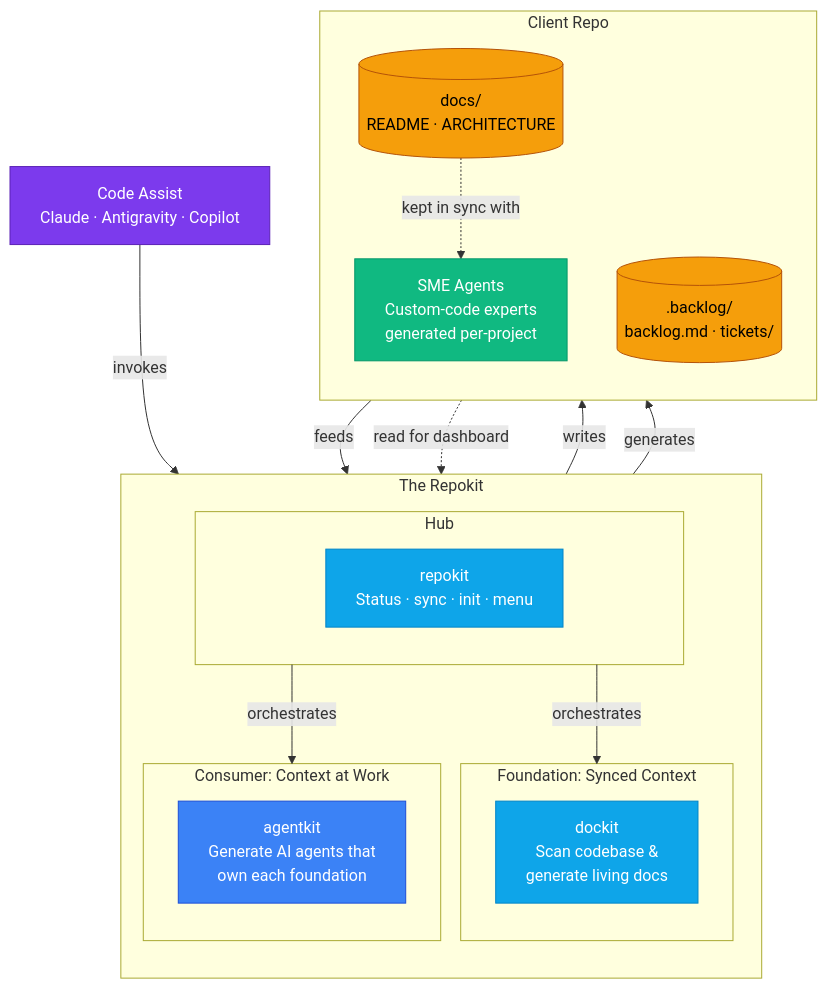
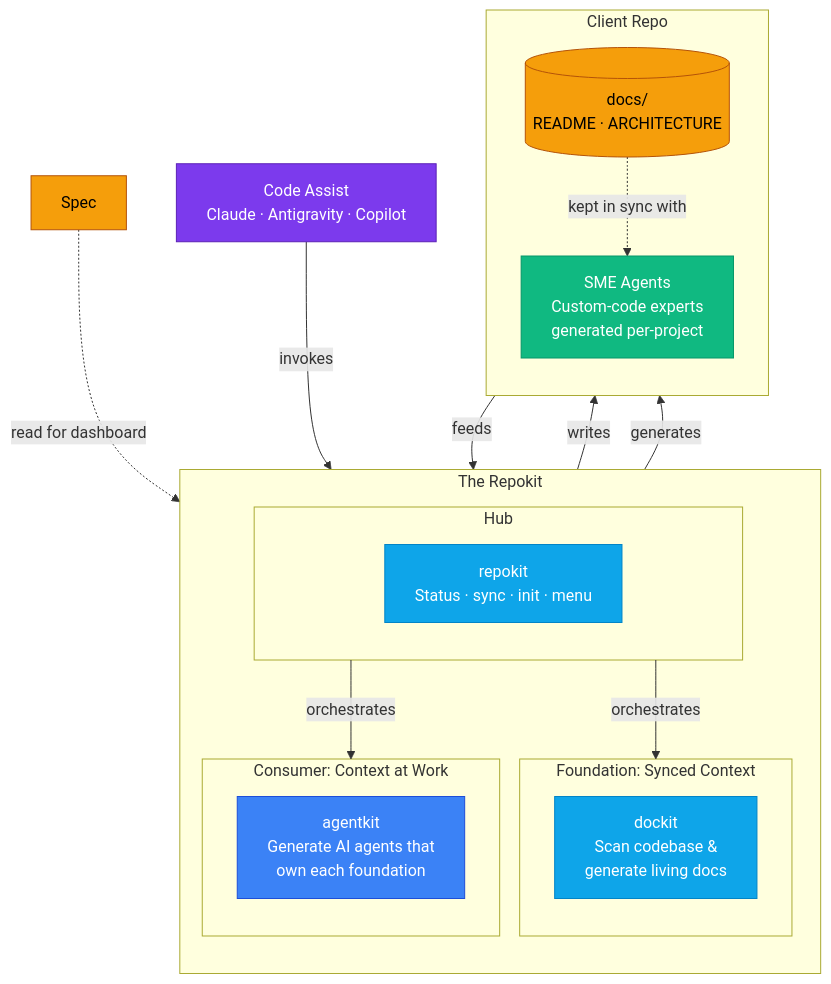
Before and after one commit to TheLampshady/repokit: the first of 4 diagrams in README.md, drawn with Mermaid. The commit also changed other lines of this file and 21 other files, not shown here.

````diff
--- a/README.md
+++ b/README.md
@@ -209,51 +193,50 @@
 ```mermaid
 graph TD
     subgraph repokit["The Repokit"]
         direction TB
 
         subgraph hub["Hub"]
             S_repokit["repokit<br/>Status · sync · init · menu"]
         end
 
         subgraph foundation["Foundation: Synced Context"]
             S_dockit["dockit<br/>Scan codebase &<br/>generate living docs"]
         end
 
         subgraph consumers["Consumer: Context at Work"]
             S_agentkit["agentkit<br/>Generate AI agents that<br/>own each foundation"]
         end
     end
 
     subgraph client_repo["Client Repo"]
         direction TB
         Docs[("docs/<br/>README · ARCHITECTURE")]
         SME["SME Agents<br/>Custom-code experts<br/>generated per-project"]
-        Spec[(".backlog/<br/>backlog.md · tickets/")]
     end
 
     CA["Code Assist<br/>Claude · Antigravity · Copilot"]
 
     CA -->|"invokes"| hub
     hub -->|"orchestrates"| foundation
     hub -->|"orchestrates"| consumers
 
     S_dockit -->|"writes"| Docs
     Docs -->|"feeds"| S_agentkit
 
     S_agentkit -->|"generates"| SME
     Docs -.->|"kept in sync with"| SME
     Spec -.->|"read for dashboard"| S_repokit
 
     classDef skill   fill:#3b82f6,stroke:#1d4ed8,color:#fff
     classDef storage fill:#f59e0b,stroke:#b45309,color:#000
     classDef ai      fill:#7c3aed,stroke:#5b21b6,color:#fff
     classDef found   fill:#0ea5e9,stroke:#0284c7,color:#fff
     classDef sme     fill:#10b981,stroke:#059669,color:#fff
 
     class S_repokit found
     class S_agentkit skill
     class Docs,Spec storage
     class CA ai
     class SME sme
     class S_dockit found
 ```
````
